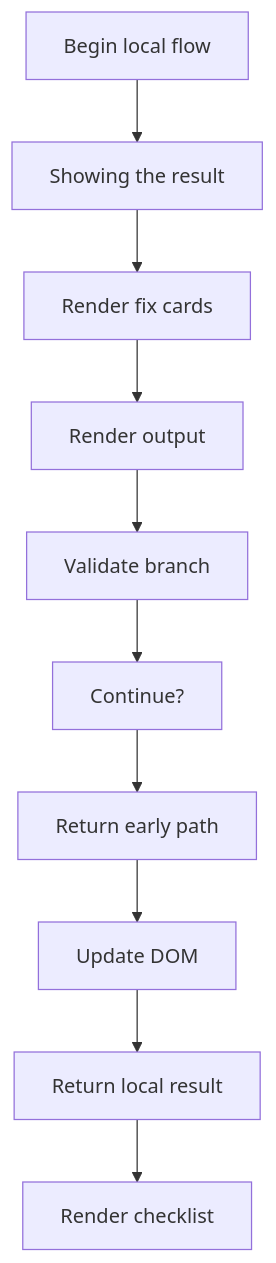
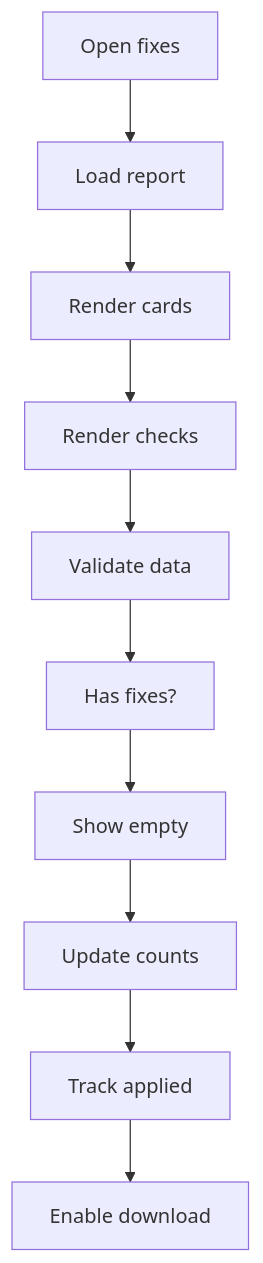
One commit to JohnAndrewBalbarosa/NeoTerritory changed the first of 6 diagrams in docs/Codebase/Frontend/scripts/fix-suggestions.js.md. Above: the diagram before and after it, drawn with Mermaid. The commit also changed other lines of this file and 31 other files, not shown here.

````diff
--- a/docs/Codebase/Frontend/scripts/fix-suggestions.js.md
+++ b/docs/Codebase/Frontend/scripts/fix-suggestions.js.md
@@ -24,22 +24,22 @@
 ```mermaid
 flowchart TD
-    N0["Begin local flow"]
-    N1["Showing the result"]
-    N2["Render fix cards"]
-    N3["Render output"]
-    N4["Validate branch"]
-    N5["Continue?"]
-    N6["Return early path"]
-    N7["Update DOM"]
-    N8["Return local result"]
-    N9["Render checklist"]
+    N0["Open fixes"]
+    N1["Load report"]
+    N2["Render cards"]
+    N3["Render checks"]
+    N4["Validate data"]
+    N5["Has fixes?"]
+    N6["Show empty"]
+    N7["Update counts"]
+    N8["Track applied"]
+    N9["Enable download"]
     N0 --> N1
     N1 --> N2
     N2 --> N3
     N3 --> N4
     N4 --> N5
     N5 --> N6
     N6 --> N7
     N7 --> N8
     N8 --> N9
 ```
````
